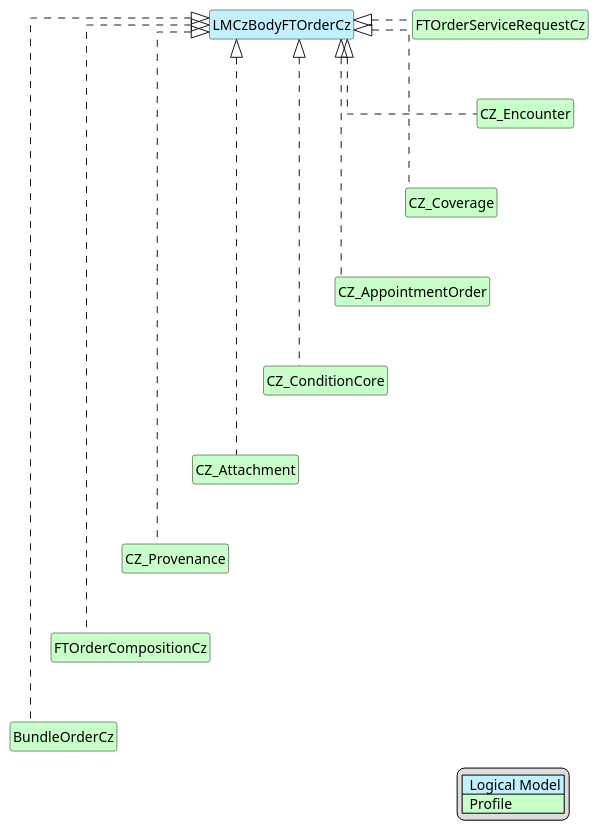
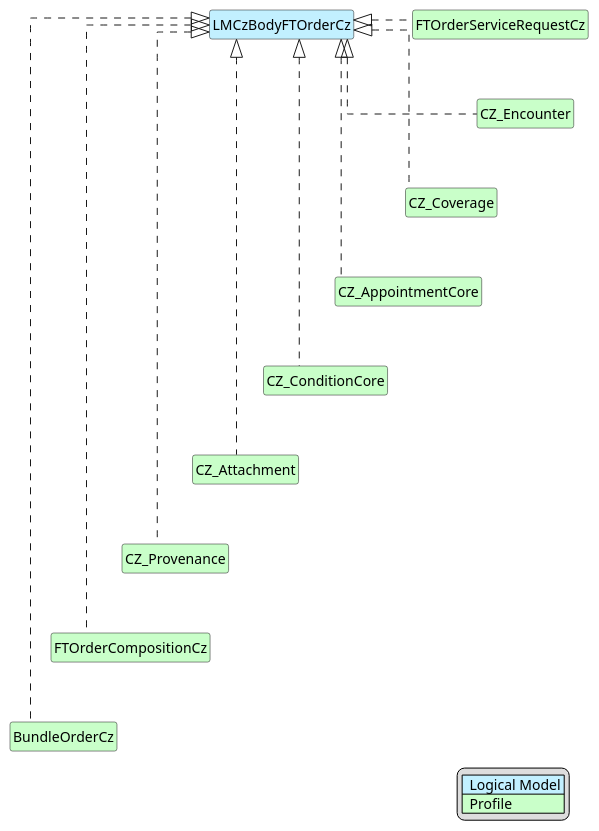
The diagram in input/images-source/FT-Body-map.plantuml (HL7-cz/k-order), drawn with PlantUML before and after one commit. The commit also changed 30 other files, not shown here.

```diff
--- a/input/images-source/FT-Body-map.plantuml
+++ b/input/images-source/FT-Body-map.plantuml
@@ -1,57 +1,57 @@
 @startuml
 
 hide circle
 hide stereotype
 hide members
 hide methods
 
 skinparam linetype ortho
 
 skinparam class {
 BackgroundColor<<LogicalModel>> #APPLICATION
 BackgroundColor<<Profile>> #TECHNOLOGY
 }
 
 legend right
 | <#APPLICATION>  Logical Model |
 | <#TECHNOLOGY>  Profile |
 endlegend
 
 class "LMCzBodyFTOrderCz" <<LogicalModel>> [[StructureDefinition-LMBodyFTOrder.html]]
 
 class "FTOrderServiceRequestCz" <<Profile>> [[StructureDefinition-FTServiceRequestCz.html]]
 "LMCzBodyFTOrderCz" <|. "FTOrderServiceRequestCz"
 
 class "CZ_Encounter" <<Profile>> [[https://hl7.cz/fhir/core/StructureDefinition-encounter-cz-core.html]]
 "LMCzBodyFTOrderCz" <|. "CZ_Encounter"
 "FTOrderServiceRequestCz" -d[hidden]-> "CZ_Encounter"
 
 class "CZ_Coverage" <<Profile>> [[https://hl7.cz/fhir/core/StructureDefinition-cz-coverage.html]]
 "LMCzBodyFTOrderCz" <|. "CZ_Coverage"
 "CZ_Encounter" -d[hidden]-> "CZ_Coverage"
 
-class "CZ_AppointmentOrder" <<Profile>> [[StructureDefinition-cz-appointmentOrder.html]]
-"LMCzBodyFTOrderCz" <|. "CZ_AppointmentOrder"
-"CZ_Coverage" -d[hidden]-> "CZ_AppointmentOrder"
+class "CZ_AppointmentCore" <<Profile>> [[https://hl7.cz/fhir/core/StructureDefinition-appointment-cz-core.html]]
+"LMCzBodyFTOrderCz" <|. "CZ_AppointmentCore"
+"CZ_Coverage" -d[hidden]-> "CZ_AppointmentCore"
 
 class "CZ_ConditionCore" <<Profile>> [[https://hl7.cz/fhir/core/StructureDefinition-condition-cz-core.html]]
 "LMCzBodyFTOrderCz" <|. "CZ_ConditionCore"
-"CZ_AppointmentOrder" -d[hidden]-> "CZ_ConditionCore"
+"CZ_AppointmentCore" -d[hidden]-> "CZ_ConditionCore"
 
 class "CZ_Attachment" <<Profile>> [[https://hl7.cz/fhir/core/StructureDefinition-cz-attachment.html]]
 "LMCzBodyFTOrderCz" <|. "CZ_Attachment"
 "CZ_ConditionCore" -d[hidden]-> "CZ_Attachment"
 
 class "CZ_Provenance" <<Profile>> [[https://hl7.cz/fhir/core/StructureDefinition-cz-provenance.html]]
 "LMCzBodyFTOrderCz" <|. "CZ_Provenance"
 "CZ_Attachment" -d[hidden]-> "CZ_Provenance"
 
 class "FTOrderCompositionCz" <<Profile>> [[StructureDefinition-FTOrderCompositionCz.html]]
 "LMCzBodyFTOrderCz" <|. "FTOrderCompositionCz"
 "CZ_Provenance" -d[hidden]-> "FTOrderCompositionCz"
 
 class "BundleOrderCz" <<Profile>> [[StructureDefinition-BundleOrderCz.html]]
 "LMCzBodyFTOrderCz" <|. "BundleOrderCz"
 "FTOrderCompositionCz" -d[hidden]-> "BundleOrderCz"
 
 @enduml
```
